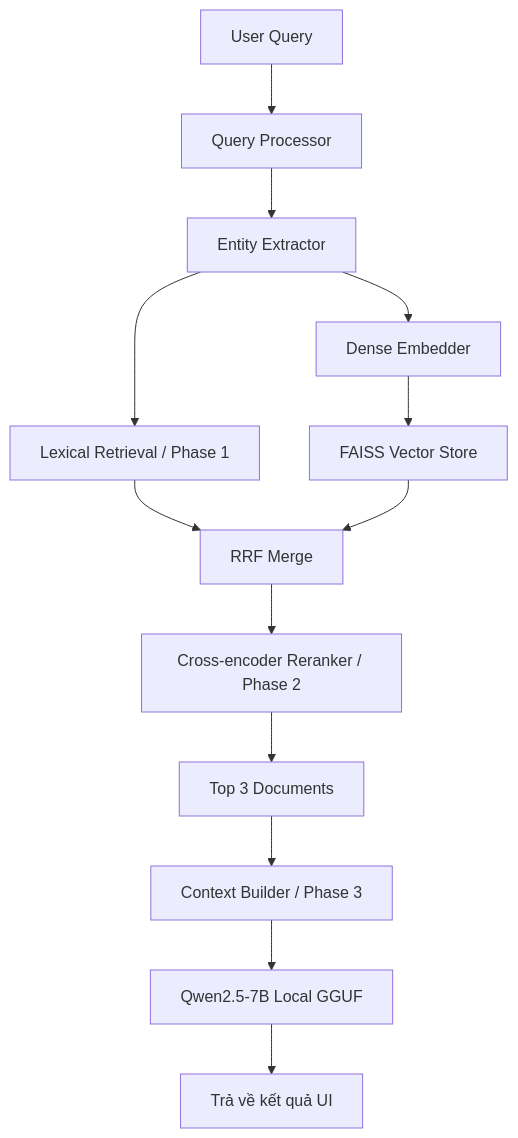
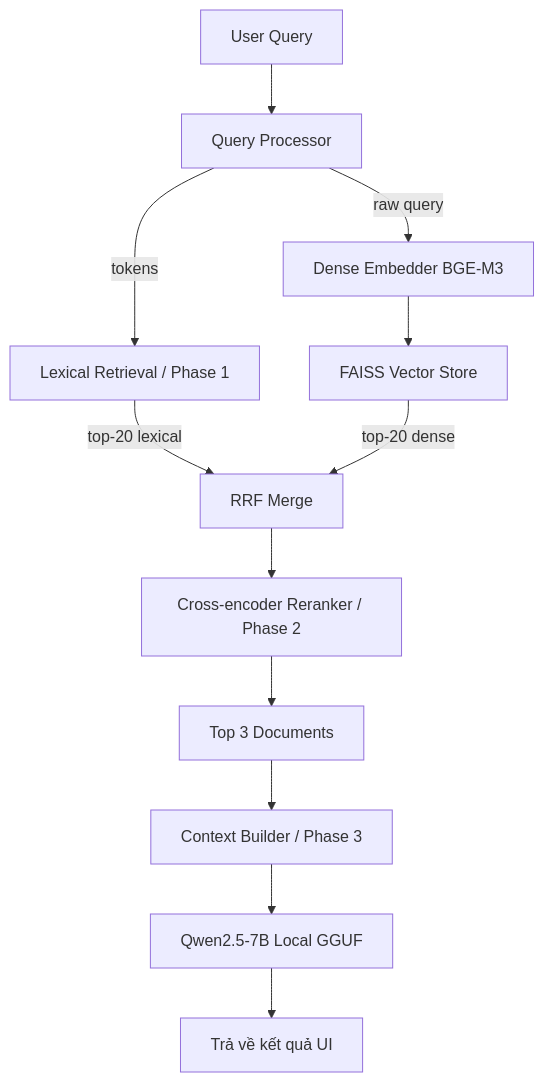
One commit to khoidubai/huflit-ir-system changed the diagram in README.md. Above: the diagram before and after it, drawn with Mermaid. The commit also changed other lines of this file and 12 other files, not shown here.

````diff
--- a/README.md
+++ b/README.md
@@ -223,21 +244,19 @@
 ```mermaid
 graph TD
     A[User Query] --> B[Query Processor]
-    B --> C[Entity Extractor]
-    
-    C --> D[Lexical Retrieval / Phase 1]
-    C --> E[Dense Embedder]
+    B -->|tokens| D[Lexical Retrieval / Phase 1]
+    B -->|raw query| E[Dense Embedder BGE-M3]
     E --> F[FAISS Vector Store]
     
-    D --> G[RRF Merge]
-    F --> G
+    D -->|top-20 lexical| G[RRF Merge]
+    F -->|top-20 dense| G
     
     G --> H[Cross-encoder Reranker / Phase 2]
     
     H --> I[Top 3 Documents]
     
     I --> J[Context Builder / Phase 3]
-    J --> K[LLM Default Qwen/Gemini]
+    J --> K[Qwen2.5-7B Local GGUF]
     
-    K[Qwen2.5-7B Local GGUF] --> L[Trả về kết quả UI]
+    K --> L[Trả về kết quả UI]
 ```
````
